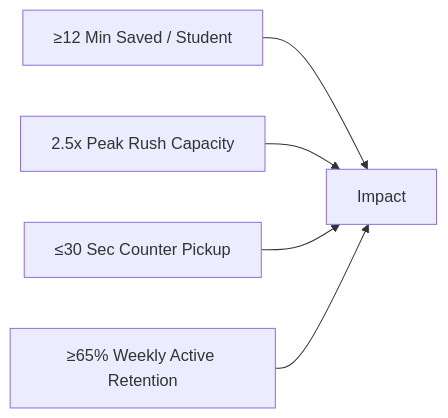
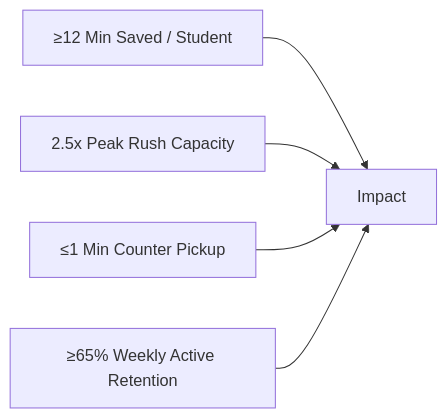
Before and after one commit to dakrkakashi/FoodLine-Campus: the second of 2 diagrams in FoodLine_PRD.md, drawn with Mermaid. The commit also changed other lines of this file and 758 other files, not shown here.

````diff
--- a/FoodLine_PRD.md
+++ b/FoodLine_PRD.md
@@ -95,7 +95,7 @@
 ```mermaid
 graph LR
     M1[≥12 Min Saved / Student] --> Impact
     M2[2.5x Peak Rush Capacity] --> Impact
-    M3[≤30 Sec Counter Pickup] --> Impact
+    M3[≤1 Min Counter Pickup] --> Impact
     M4[≥65% Weekly Active Retention] --> Impact
 ```
````
